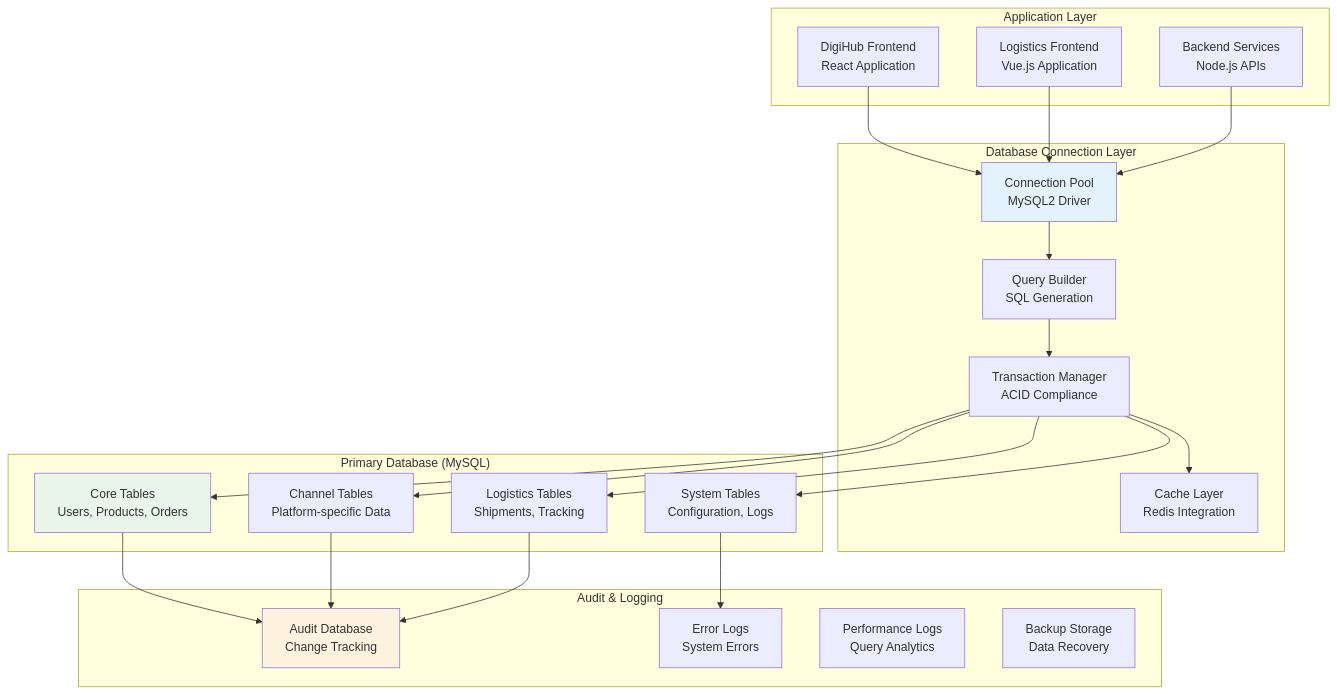
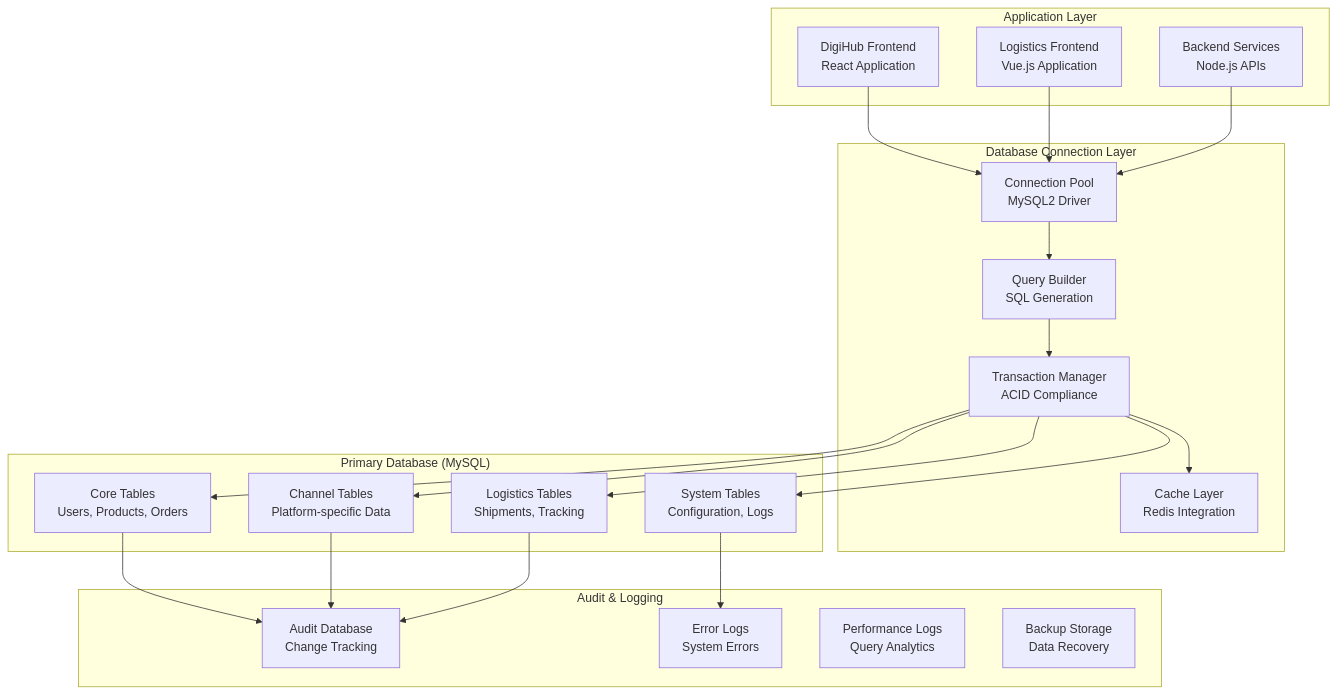
Diagram 21 of 44 in README.md (sandeepkumar0801/Digihub), drawn with Mermaid before and after one commit. The commit also changed other lines of this file, not shown here.

Commit message:
update diagram index

````diff
--- a/README.md
+++ b/README.md
@@ -3971,51 +3829,51 @@
 ```mermaid
 graph TB
     subgraph "Application Layer"
         A1[DigiHub Frontend<br/>React Application]
         A2[Logistics Frontend<br/>Vue.js Application]
         A3[Backend Services<br/>Node.js APIs]
     end
 
     subgraph "Database Connection Layer"
         B1[Connection Pool<br/>MySQL2 Driver]
         B2[Query Builder<br/>SQL Generation]
         B3[Transaction Manager<br/>ACID Compliance]
         B4[Cache Layer<br/>Redis Integration]
     end
 
     subgraph "Primary Database (MySQL)"
         C1[Core Tables<br/>Users, Products, Orders]
         C2[Channel Tables<br/>Platform-specific Data]
         C3[Logistics Tables<br/>Shipments, Tracking]
         C4[System Tables<br/>Configuration, Logs]
     end
 
     subgraph "Audit & Logging"
         D1[Audit Database<br/>Change Tracking]
         D2[Error Logs<br/>System Errors]
         D3[Performance Logs<br/>Query Analytics]
         D4[Backup Storage<br/>Data Recovery]
     end
 
     A1 --> B1
     A2 --> B1
     A3 --> B1
 
     B1 --> B2
     B2 --> B3
     B3 --> B4
 
     B3 --> C1
     B3 --> C2
     B3 --> C3
     B3 --> C4
 
     C1 --> D1
     C2 --> D1
     C3 --> D1
     C4 --> D2
 
-    style B1 fill:#e3f2fd
-    style C1 fill:#e8f5e8
-    style D1 fill:#fff3e0
+
+
+
 ```
````
